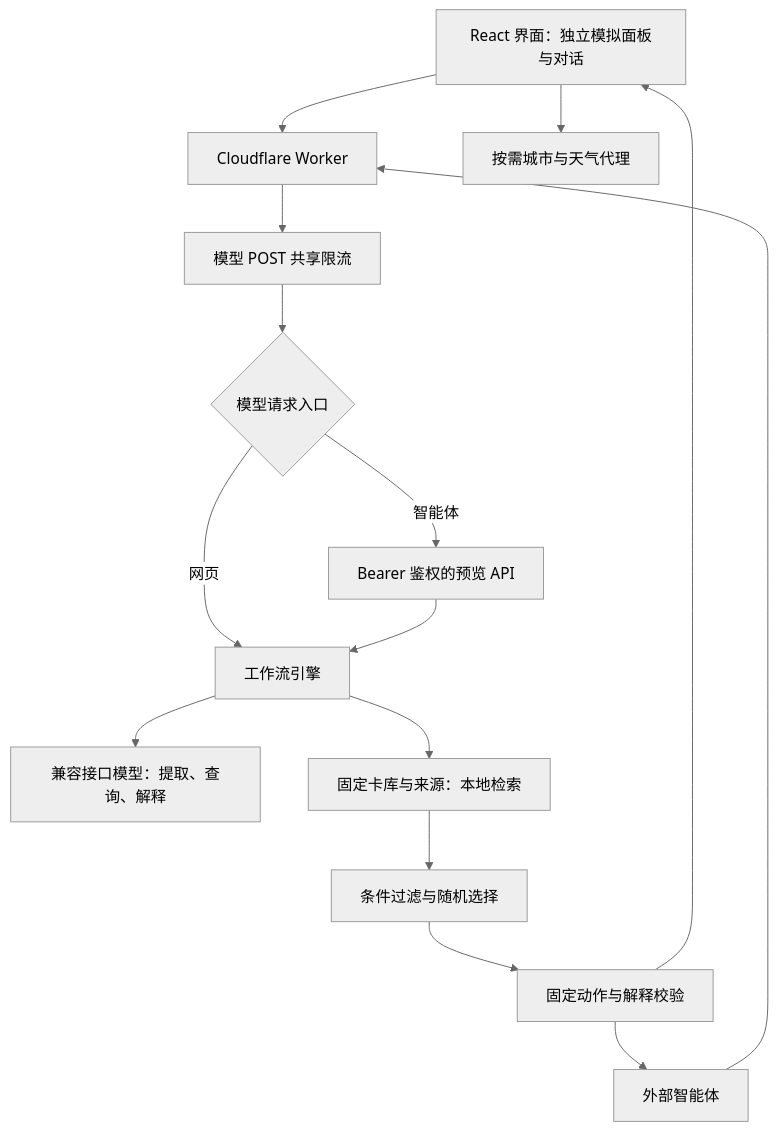
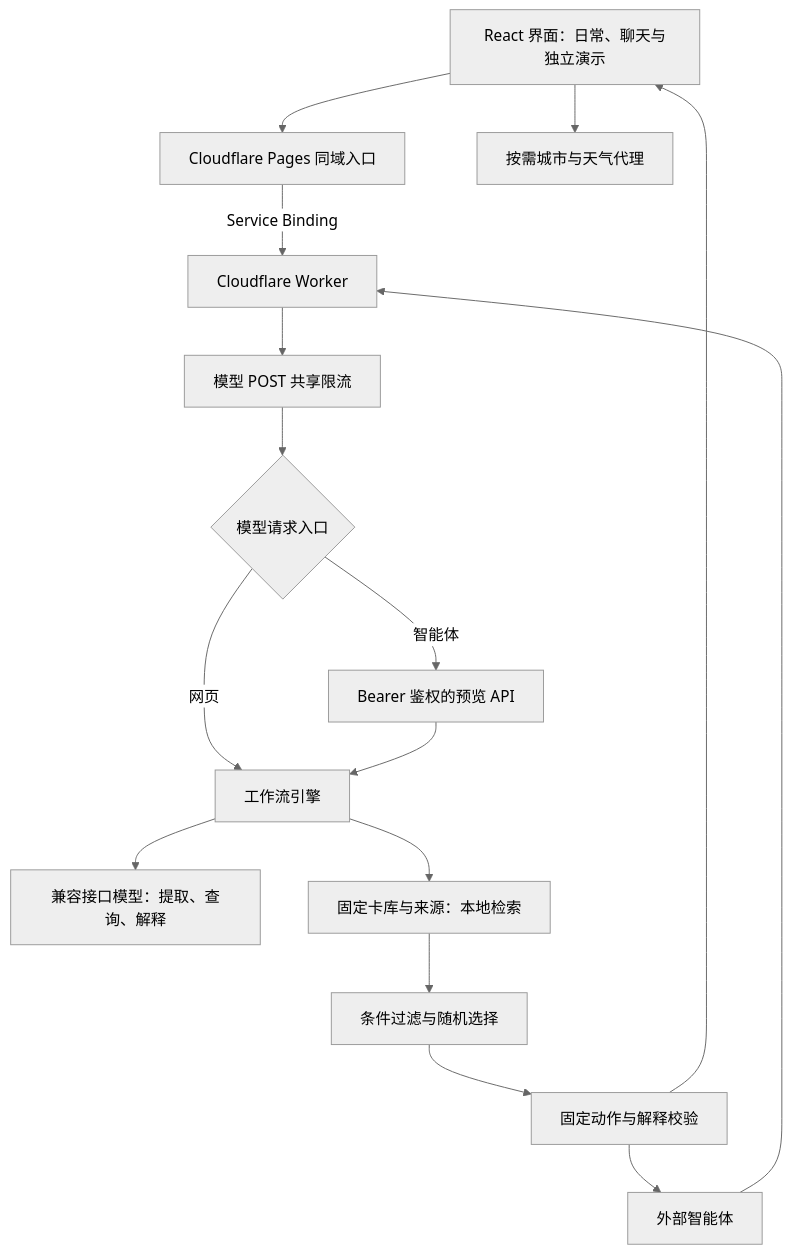
The diagram in docs/architecture.md (liqingyang99999-create/shichen-wellness), drawn with Mermaid (neutral theme) before and after one commit. The commit also changed other lines of this file and 17 other files, not shown here.

Commit message:
Add real-time daily web mode and Cloudflare Pages entry

````diff
--- a/docs/architecture.md
+++ b/docs/architecture.md
@@ -5,17 +5,18 @@
 ```mermaid
 flowchart TD
-  UI[React 界面：独立模拟面板与对话] --> W[Cloudflare Worker]
+  UI[React 界面：日常、聊天与独立演示] --> P[Cloudflare Pages 同域入口]
+  P -->|Service Binding| W[Cloudflare Worker]
   Agent[外部智能体] --> W
   W --> Rate[模型 POST 共享限流]
   Rate --> Route{模型请求入口}
   Route -->|网页| Engine[工作流引擎]
   Route -->|智能体| Auth[Bearer 鉴权的预览 API]
   Auth --> Engine
   Engine --> LLM[兼容接口模型：提取、查询、解释]
   Engine --> Catalog[固定卡库与来源：本地检索]
   Catalog --> Rules[条件过滤与随机选择]
   Rules --> Check[固定动作与解释校验]
   Check --> UI
   Check --> Agent
   UI --> Weather[按需城市与天气代理]
 ```
````
